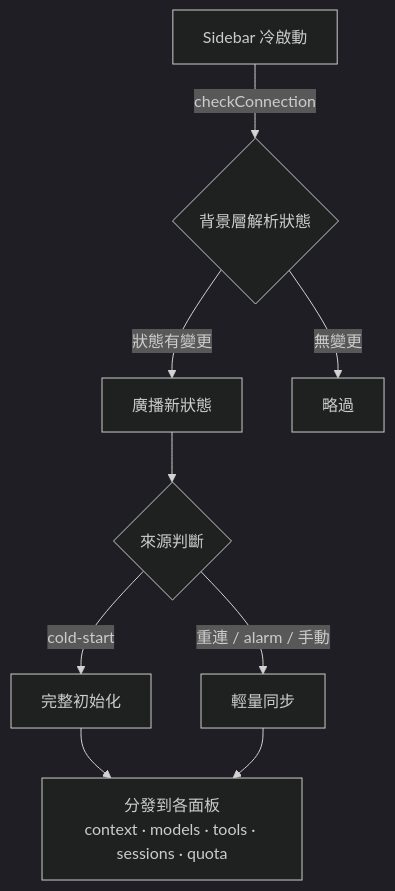
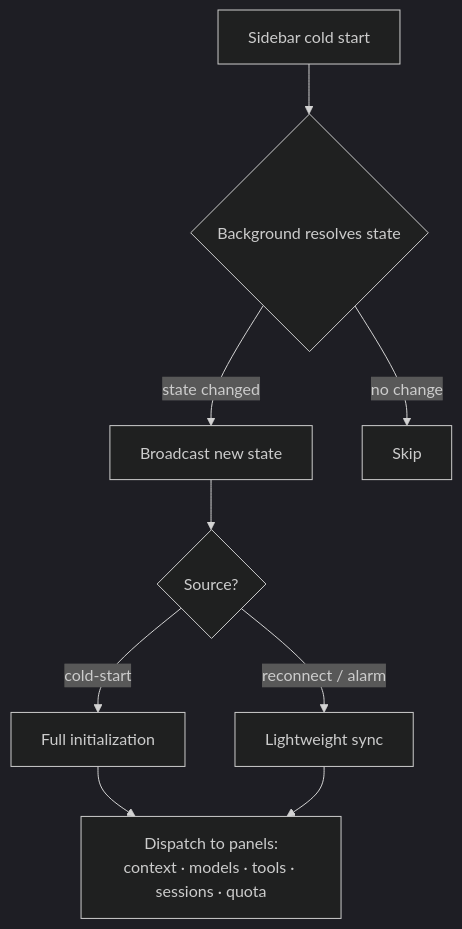
Before and after one commit to payton-chou-ms/browser-ext-for-iq-agent: the fifth of 9 diagrams in docs/architecture.md, drawn with Mermaid (dark theme). The commit also changed other lines of this file and 80 other files, not shown here.

````diff
--- a/docs/architecture.md
+++ b/docs/architecture.md
@@ -245,11 +247,11 @@
 ```mermaid
 flowchart TD
-  A[Sidebar 冷啟動] -->|checkConnection| B{背景層解析狀態}
-  B -->|狀態有變更| C[廣播新狀態]
-  B -->|無變更| D[略過]
-  C --> E{來源判斷}
-  E -->|cold-start| F[完整初始化]
-  E -->|重連 / alarm / 手動| G[輕量同步]
-  F --> H[分發到各面板<br/>context · models · tools · sessions · quota]
+  A["Sidebar cold start"] --> B{"Background resolves state"}
+  B -- state changed --> C["Broadcast new state"]
+  B -- no change --> D["Skip"]
+  C --> E{"Source?"}
+  E -- cold-start --> F["Full initialization"]
+  E -- reconnect / alarm --> G["Lightweight sync"]
+  F --> H["Dispatch to panels:<br/>context · models · tools · sessions · quota"]
   G --> H
 ```
````
